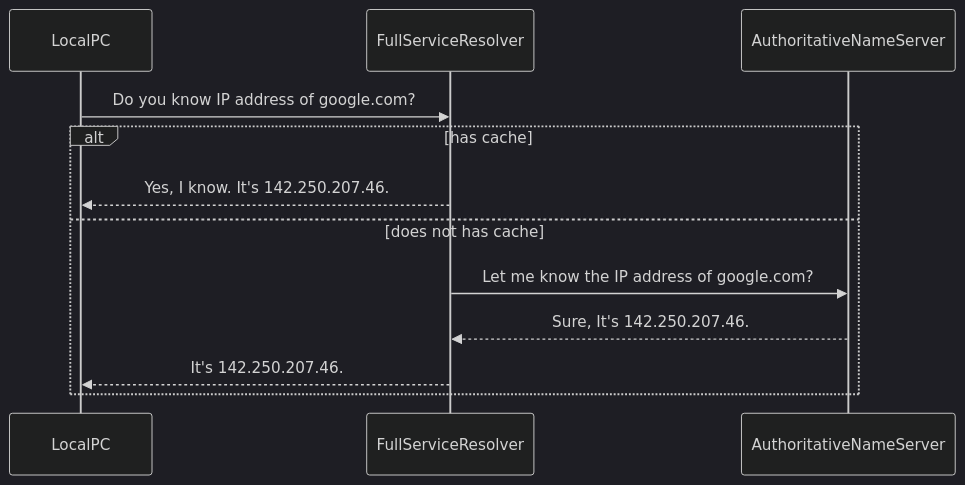
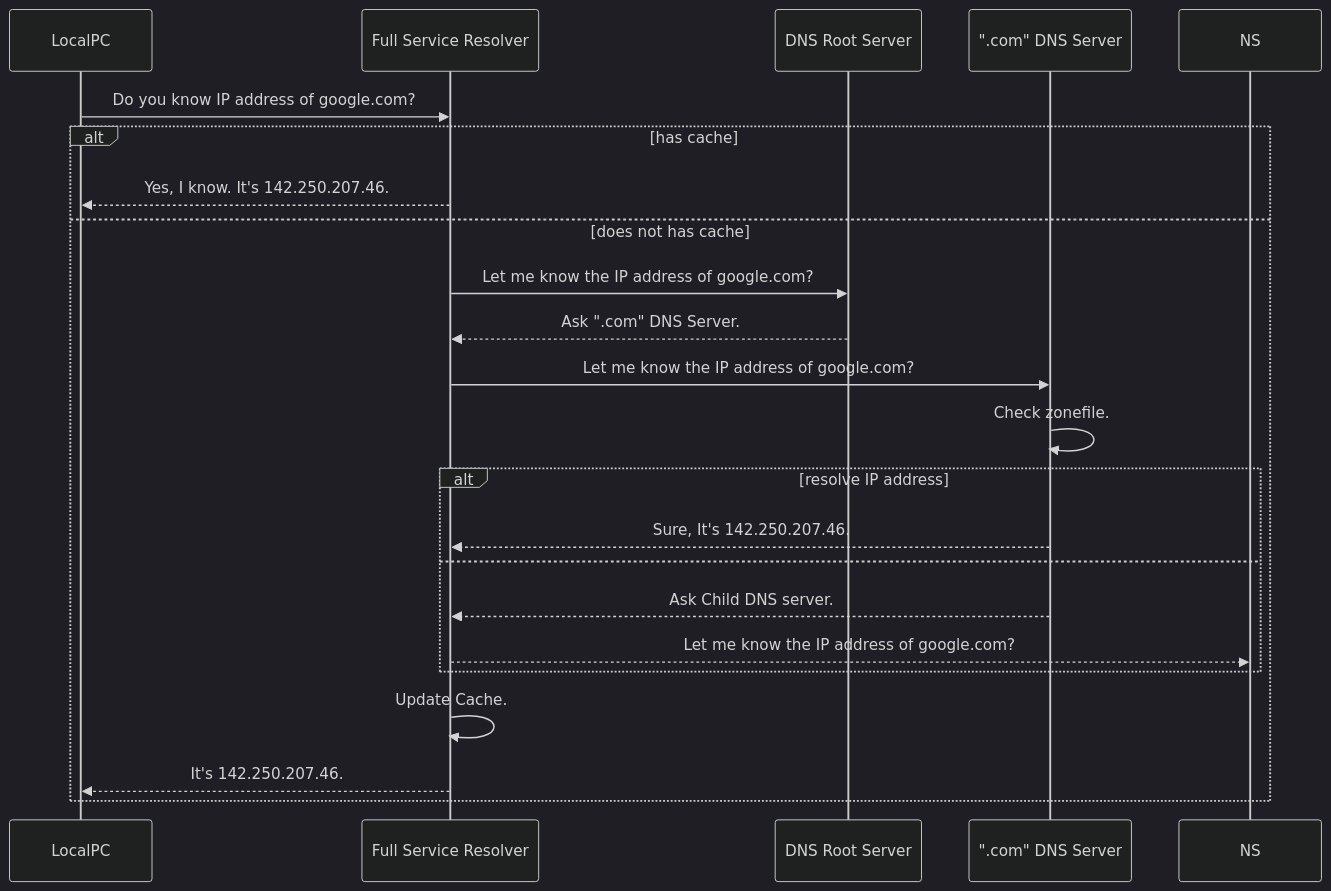
One commit to takesoo/obsidian changed the diagram in Domain Name System.md. Above: the diagram before and after it, drawn with Mermaid (dark theme). The commit also changed other lines of this file, not shown here.

Commit message:
vault backup: 2025-01-10 14:06:14

````diff
--- a/Domain Name System.md
+++ b/Domain Name System.md
@@ -10,15 +13,25 @@
 ```mermaid
 sequenceDiagram
 participant LocalPC
-participant FSR as FullServiceResolver
-participant ANS as AuthoritativeNameServer
+participant FSR as Full Service Resolver
+participant DRS as DNS Root Server
+participant ANS as ".com" DNS Server
 
 LocalPC ->> FSR: Do you know IP address of google.com?
 alt has cache
 	FSR -->> LocalPC: Yes, I know. It's 142.250.207.46.
 else does not has cache
+	FSR ->> DRS: Let me know the IP address of google.com?
+	DRS -->> FSR: Ask ".com" DNS Server.
 	FSR ->> ANS: Let me know the IP address of google.com?
-	ANS -->> FSR: Sure, It's 142.250.207.46.
+	ANS ->> ANS: Check zonefile.
+	alt resolve IP address
+		ANS -->> FSR: Sure, It's 142.250.207.46.
+	else
+		ANS -->> FSR: Ask Child DNS server.
+		FSR -->> NS: Let me know the IP address of google.com?
+	end
+	FSR ->> FSR: Update Cache.
 	FSR -->> LocalPC: It's 142.250.207.46.
 end
 ```
````
